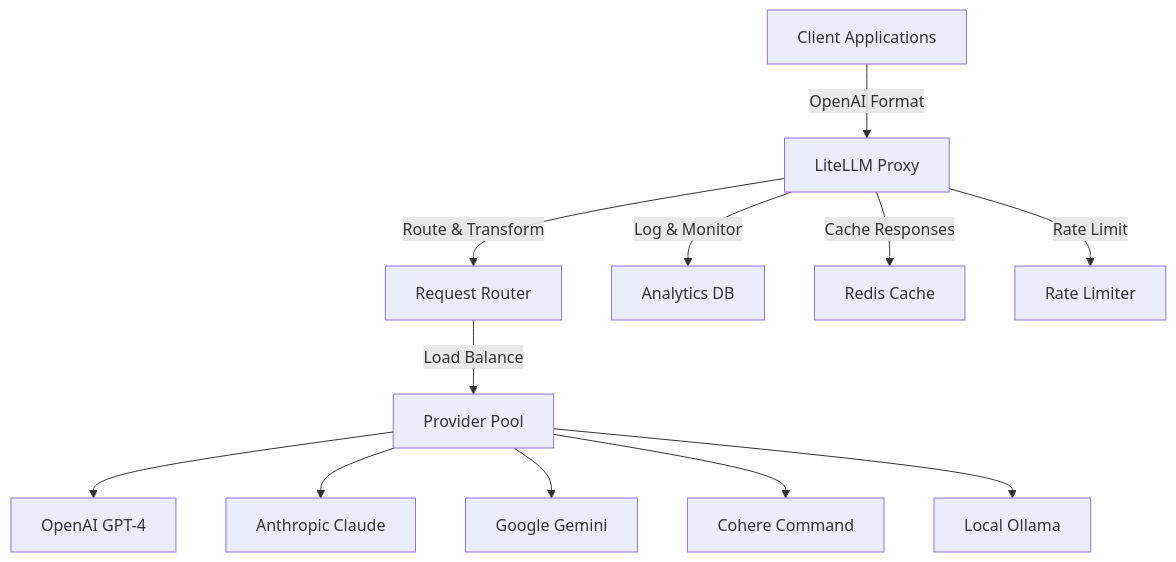
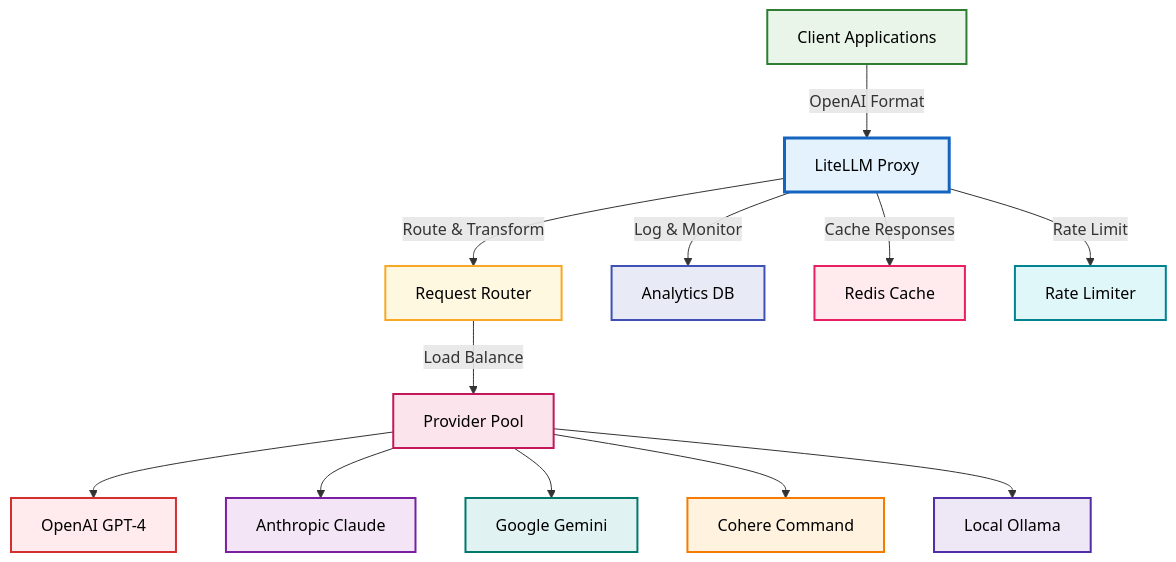
Before and after one commit to brunseba/ai-dev-local: the diagram in docs/services/litellm.md, drawn with Mermaid. The commit also changed 3 other files, not shown here.

First line of the commit message:
docs: add vibrant colors to service Mermaid diagrams for better visualization

````diff
--- a/docs/services/litellm.md
+++ b/docs/services/litellm.md
@@ -7,14 +7,41 @@
 ```mermaid
 graph TB
     A[Client Applications] -->|OpenAI Format| B[LiteLLM Proxy]
     B -->|Route & Transform| C[Request Router]
     C -->|Load Balance| D[Provider Pool]
     D --> E[OpenAI GPT-4]
     D --> F[Anthropic Claude]
     D --> G[Google Gemini]
     D --> H[Cohere Command]
     D --> I[Local Ollama]
     B -->|Log & Monitor| J[Analytics DB]
     B -->|Cache Responses| K[Redis Cache]
     B -->|Rate Limit| L[Rate Limiter]
+    
+    %% Styling
+    classDef clientClass fill:#e8f5e8,stroke:#2e7d32,stroke-width:2px,color:#000
+    classDef proxyClass fill:#e3f2fd,stroke:#1565c0,stroke-width:3px,color:#000
+    classDef routerClass fill:#fff8e1,stroke:#f9a825,stroke-width:2px,color:#000
+    classDef poolClass fill:#fce4ec,stroke:#c2185b,stroke-width:2px,color:#000
+    classDef openaiClass fill:#ffebee,stroke:#d32f2f,stroke-width:2px,color:#000
+    classDef anthropicClass fill:#f3e5f5,stroke:#7b1fa2,stroke-width:2px,color:#000
+    classDef googleClass fill:#e0f2f1,stroke:#00796b,stroke-width:2px,color:#000
+    classDef cohereClass fill:#fff3e0,stroke:#f57c00,stroke-width:2px,color:#000
+    classDef localClass fill:#ede7f6,stroke:#512da8,stroke-width:2px,color:#000
+    classDef analyticsClass fill:#e8eaf6,stroke:#3f51b5,stroke-width:2px,color:#000
+    classDef cacheClass fill:#ffebee,stroke:#e91e63,stroke-width:2px,color:#000
+    classDef limitClass fill:#e0f7fa,stroke:#00838f,stroke-width:2px,color:#000
+    
+    class A clientClass
+    class B proxyClass
+    class C routerClass
+    class D poolClass
+    class E openaiClass
+    class F anthropicClass
+    class G googleClass
+    class H cohereClass
+    class I localClass
+    class J analyticsClass
+    class K cacheClass
+    class L limitClass
 ```
````
